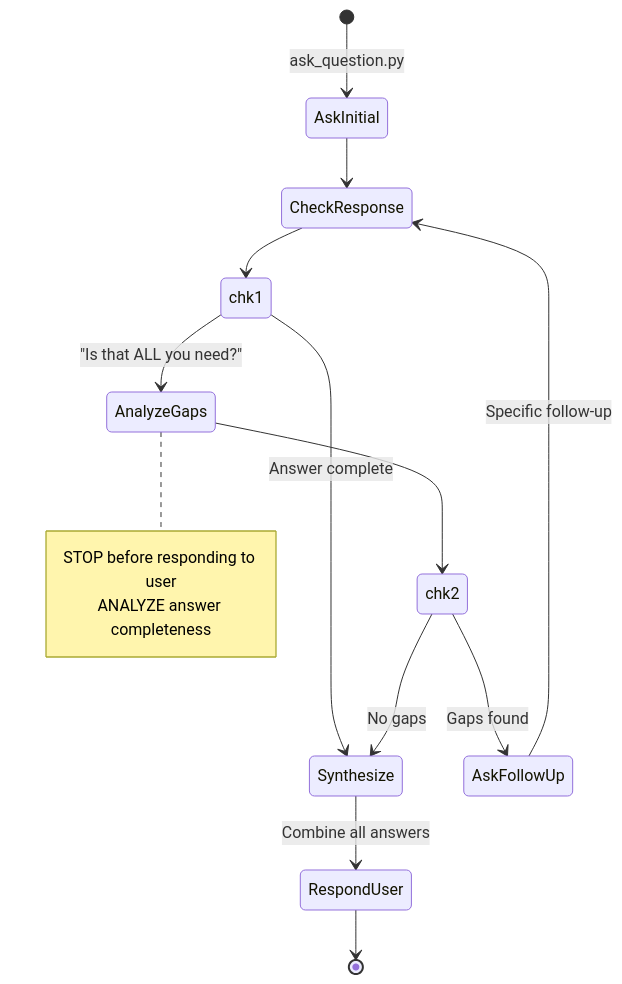
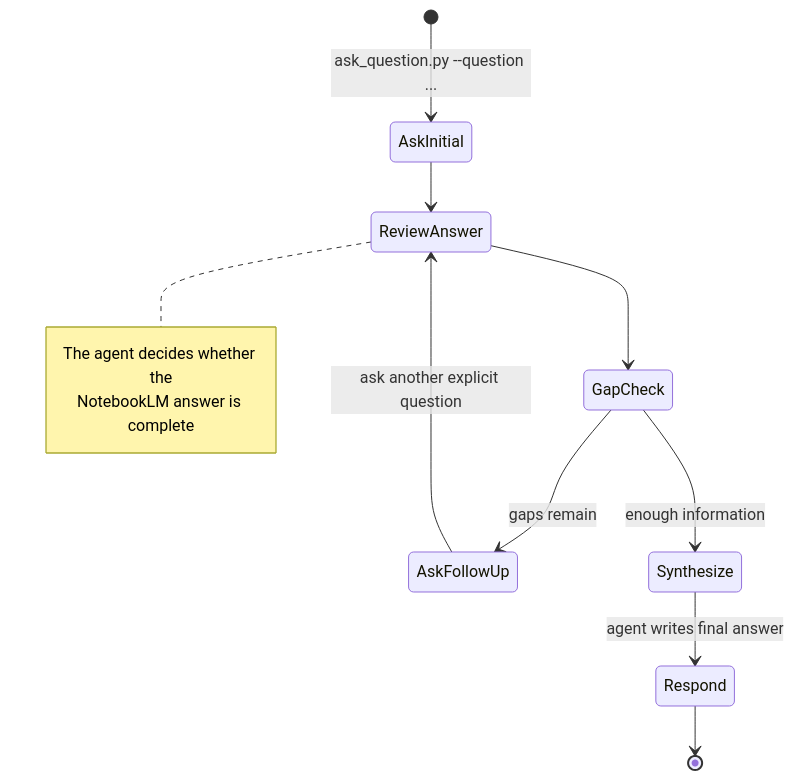
One commit to khengyun/notebooklm-experts-skill changed the fourth of 11 diagrams in references/usage_patterns.md. Above: the diagram before and after it, drawn with Mermaid. The commit also changed other lines of this file and 23 other files, not shown here.

````diff
--- a/references/usage_patterns.md
+++ b/references/usage_patterns.md
@@ -93,25 +78,19 @@
 ```mermaid
 stateDiagram-v2
-    [*] --> AskInitial: ask_question.py
+    [*] --> AskInitial: ask_question.py --question ...
+    AskInitial --> ReviewAnswer
 
-    AskInitial --> CheckResponse
+    ReviewAnswer --> GapCheck
+    state GapCheck <<choice>>
+    GapCheck --> AskFollowUp: gaps remain
+    GapCheck --> Synthesize: enough information
 
-    CheckResponse --> chk1
-    state chk1 <<choice>>
-    chk1 --> AnalyzeGaps: "Is that ALL you need?"
-    chk1 --> Synthesize: Answer complete
+    AskFollowUp --> ReviewAnswer: ask another explicit question
+    Synthesize --> Respond: agent writes final answer
+    Respond --> [*]
 
-    AnalyzeGaps --> chk2
-    state chk2 <<choice>>
-    chk2 --> AskFollowUp: Gaps found
-    chk2 --> Synthesize: No gaps
-
-    AskFollowUp --> CheckResponse: Specific follow-up
-    Synthesize --> RespondUser: Combine all answers
-    RespondUser --> [*]
-
-    note right of AnalyzeGaps
-        STOP before responding to user
-        ANALYZE answer completeness
+    note right of ReviewAnswer
+        The agent decides whether the
+        NotebookLM answer is complete
     end note
 ```
````
